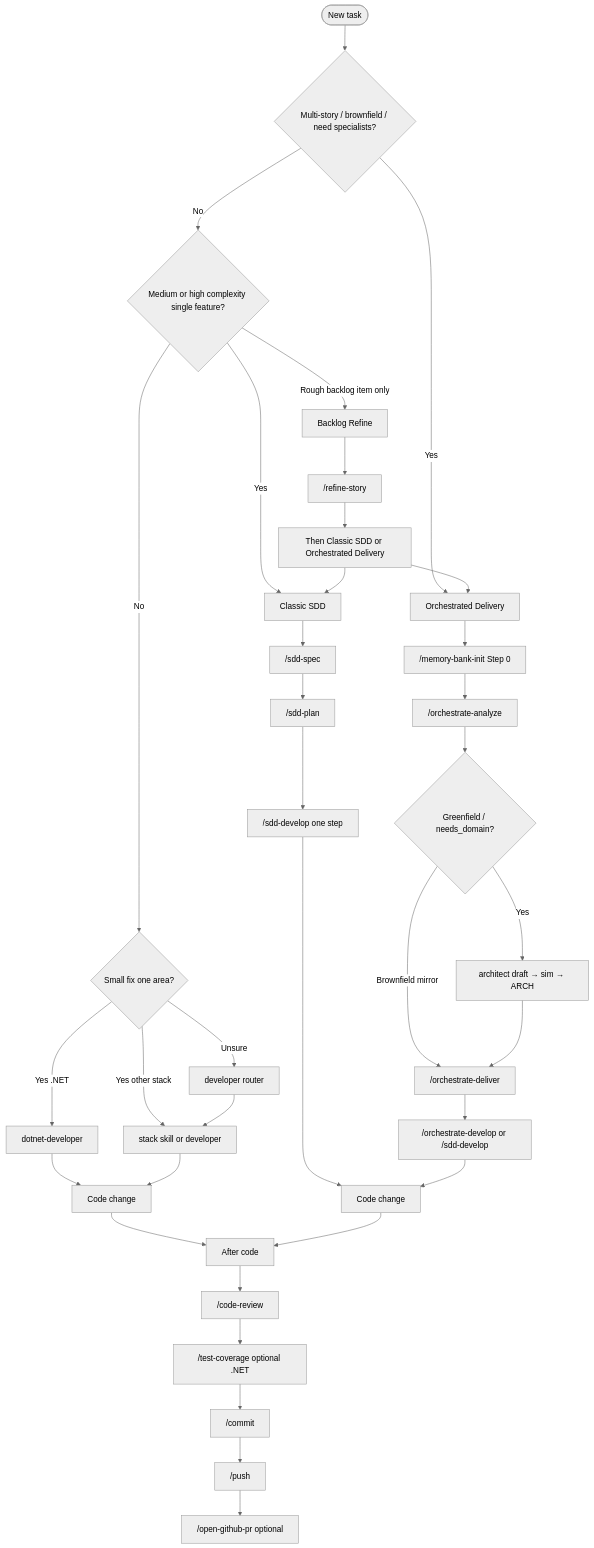
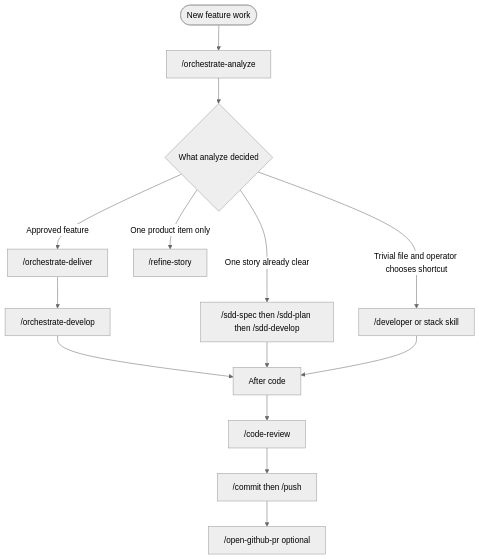
One commit to tibursocampos/agent-dev-toolkit changed the diagram in docs/guides/README.md. Above: the diagram before and after it, drawn with Mermaid (neutral theme). The commit also changed other lines of this file and 33 other files, not shown here.

````diff
--- a/docs/guides/README.md
+++ b/docs/guides/README.md
@@ -31,38 +31,16 @@
 ```mermaid
 flowchart TD
-  Start([New task]) --> Q1{Multi-story / brownfield / need specialists?}
-  Q1 -->|Yes| FC[Orchestrated Delivery]
-  Q1 -->|No| Q2{Medium or high complexity single feature?}
-  Q2 -->|Yes| SDD[Classic SDD]
-  Q2 -->|Rough backlog item only| FB[Backlog Refine]
-  Q2 -->|No| Q3{Small fix one area?}
-  Q3 -->|Yes .NET| NET[dotnet-developer]
-  Q3 -->|Yes other stack| STACK[stack skill or developer]
-  Q3 -->|Unsure| DEV[developer router]
-  FC --> S0["/memory-bank-init Step 0"]
-  S0 --> O1["/orchestrate-analyze"]
-  O1 --> ArchGate{"Greenfield / needs_domain?"}
-  ArchGate -->|Yes| Confirm["architect draft → sim → ARCH"]
-  ArchGate -->|Brownfield mirror| O2
-  Confirm --> O2["/orchestrate-deliver"]
-  O2 --> O3["/orchestrate-develop or /sdd-develop"]
-  FB --> Refine["/refine-story"]
-  Refine --> AorC[Then Classic SDD or Orchestrated Delivery]
-  SDD --> Spec["/sdd-spec"]
-  Spec --> Plan["/sdd-plan"]
-  Plan --> Impl["/sdd-develop one step"]
-  NET --> DoneNet[Code change]
-  STACK --> DoneNet
-  DEV --> STACK
-  Impl --> DoneSdd[Code change]
-  O3 --> DoneSdd
-  AorC --> SDD
-  AorC --> FC
-  DoneNet --> Post
-  DoneSdd --> Post
+  Start([New feature work]) --> O1["/orchestrate-analyze"]
+  O1 --> Decide{What analyze decided}
+  Decide -->|Approved feature| O2["/orchestrate-deliver"]
+  O2 --> O3["/orchestrate-develop"]
+  Decide -->|One story already clear| Direct["/sdd-spec then /sdd-plan then /sdd-develop"]
+  Decide -->|One product item only| Shape["/refine-story"]
+  Decide -->|Trivial file and operator chooses shortcut| Small["/developer or stack skill"]
+  O3 --> Post
+  Direct --> Post
+  Small --> Post
   Post[After code] --> CR["/code-review"]
-  CR --> TC["/test-coverage optional .NET"]
-  TC --> Commit["/commit"]
-  Commit --> Push["/push"]
-  Push --> PR["/open-github-pr optional"]
+  CR --> Commit["/commit then /push"]
+  Commit --> PR["/open-github-pr optional"]
 ```
````
